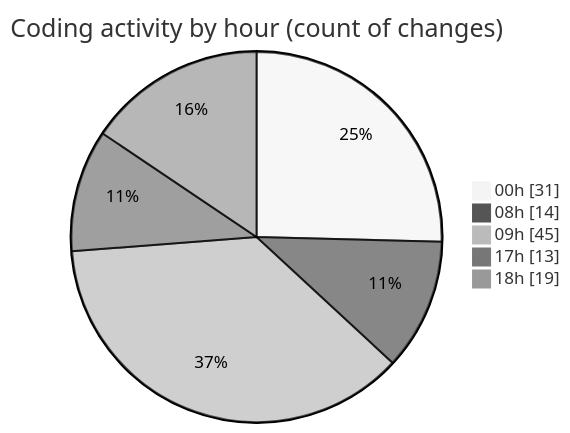
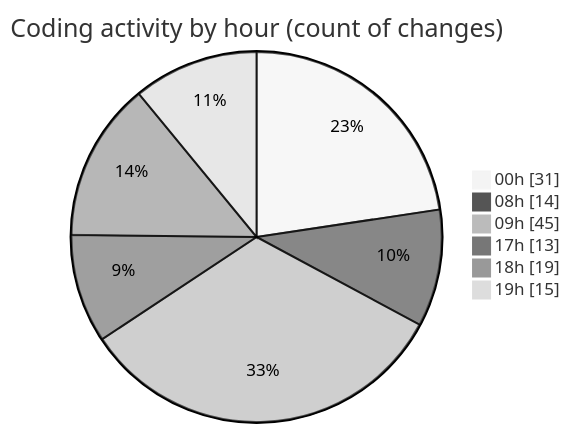
Before and after one commit to lephambinh05/code-tracking: the second of 2 diagrams in 2025-08-03/studybuddy/README.md, drawn with Mermaid (neutral theme). The commit also changed other lines of this file and 1 other file, not shown here.

````diff
--- a/2025-08-03/studybuddy/README.md
+++ b/2025-08-03/studybuddy/README.md
@@ -70,9 +74,10 @@
 ```mermaid
 pie showData
 title Coding activity by hour (count of changes)
 "00h" : 31
 "08h" : 14
 "09h" : 45
 "17h" : 13
 "18h" : 19
+"19h" : 15
 ```
````
